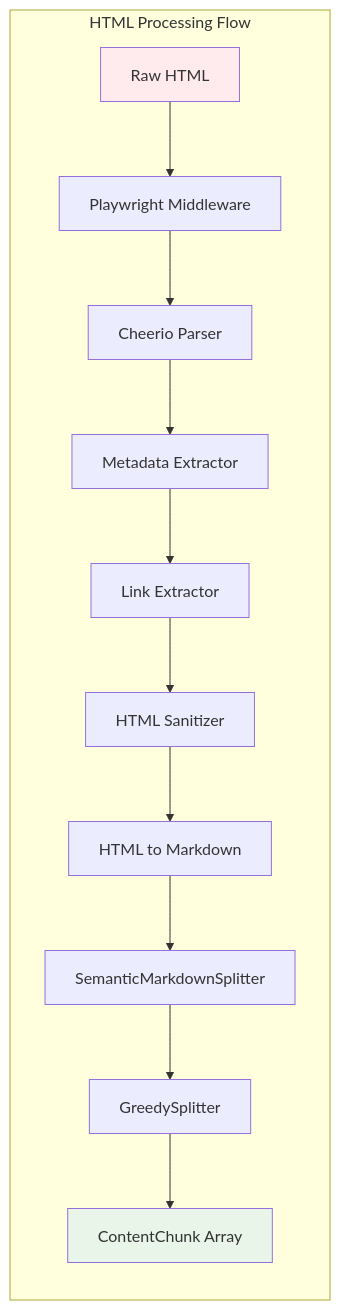
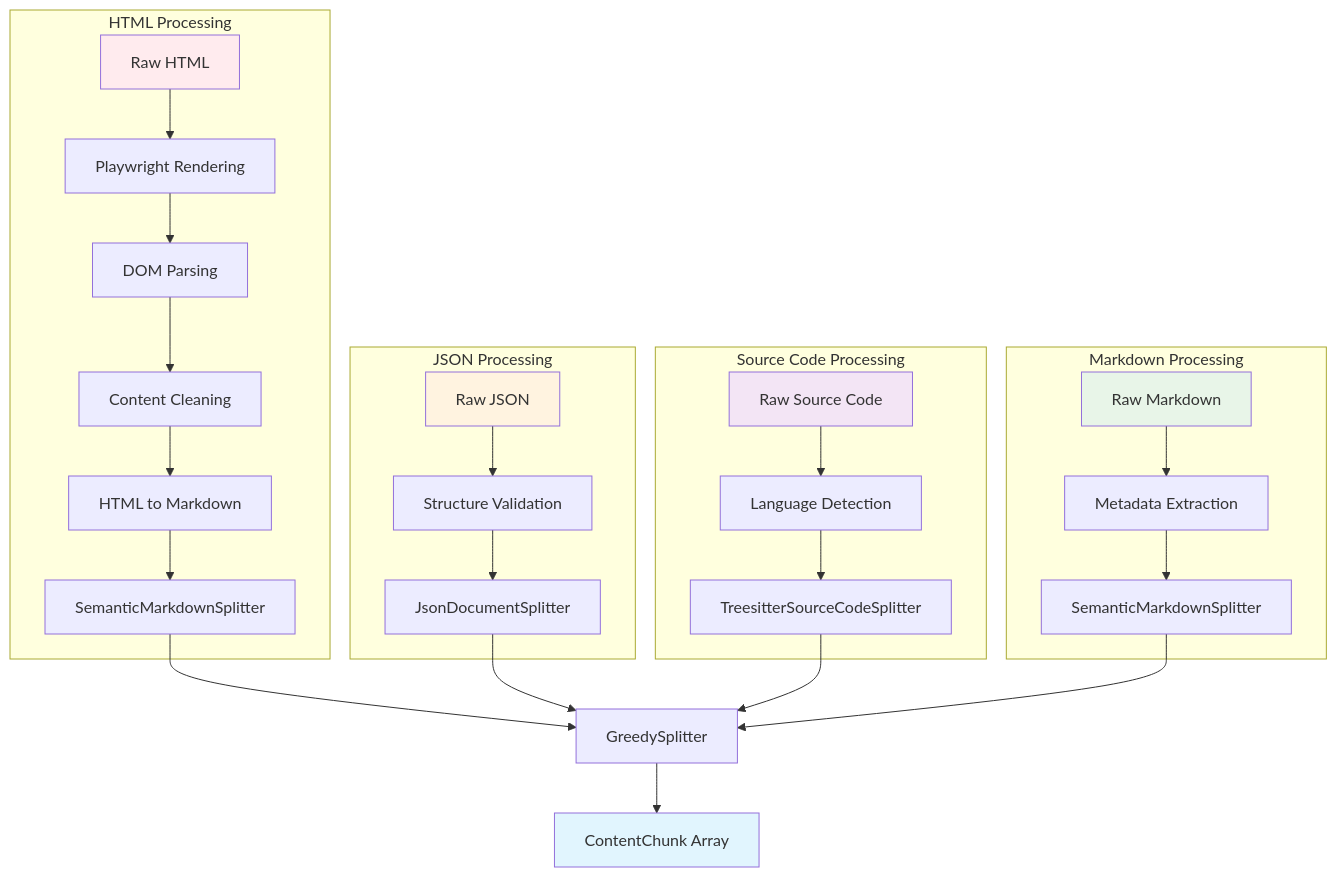
The second of 2 diagrams in docs/content-processing.md (arabold/docs-mcp-server), drawn with Mermaid before and after one commit. The commit also changed other lines of this file and 2 other files, not shown here.

Commit message:
docs(splitter): enhance Source Code Splitter documentation and clarify chunking strategy

````diff
--- a/docs/content-processing.md
+++ b/docs/content-processing.md
@@ -155,17 +155,37 @@
 ```mermaid
-graph LR
-    subgraph "HTML Processing Flow"
-        A[Raw HTML] --> B[Playwright Middleware]
-        B --> C[Cheerio Parser]
-        C --> D[Metadata Extractor]
-        D --> E[Link Extractor]
-        E --> F[HTML Sanitizer]
-        F --> G[HTML to Markdown]
-        G --> H[SemanticMarkdownSplitter]
-        H --> I[GreedySplitter]
-        I --> J[ContentChunk Array]
+graph TD
+    subgraph "HTML Processing"
+        A1[Raw HTML] --> B1[Playwright Rendering]
+        B1 --> C1[DOM Parsing]
+        C1 --> D1[Content Cleaning]
+        D1 --> E1[HTML to Markdown]
+        E1 --> F1[SemanticMarkdownSplitter]
     end
 
-    style A fill:#ffebee
-    style J fill:#e8f5e8
+    subgraph "JSON Processing"
+        A2[Raw JSON] --> B2[Structure Validation]
+        B2 --> C2[JsonDocumentSplitter]
+    end
+
+    subgraph "Source Code Processing"
+        A3[Raw Source Code] --> B3[Language Detection]
+        B3 --> C3[TreesitterSourceCodeSplitter]
+    end
+
+    subgraph "Markdown Processing"
+        A4[Raw Markdown] --> B4[Metadata Extraction]
+        B4 --> C4[SemanticMarkdownSplitter]
+    end
+
+    F1 --> G[GreedySplitter]
+    C2 --> G
+    C3 --> G
+    C4 --> G
+    G --> H[ContentChunk Array]
+
+    style A1 fill:#ffebee
+    style A2 fill:#fff3e0
+    style A3 fill:#f3e5f5
+    style A4 fill:#e8f5e8
+    style H fill:#e1f5fe
 ```
````
